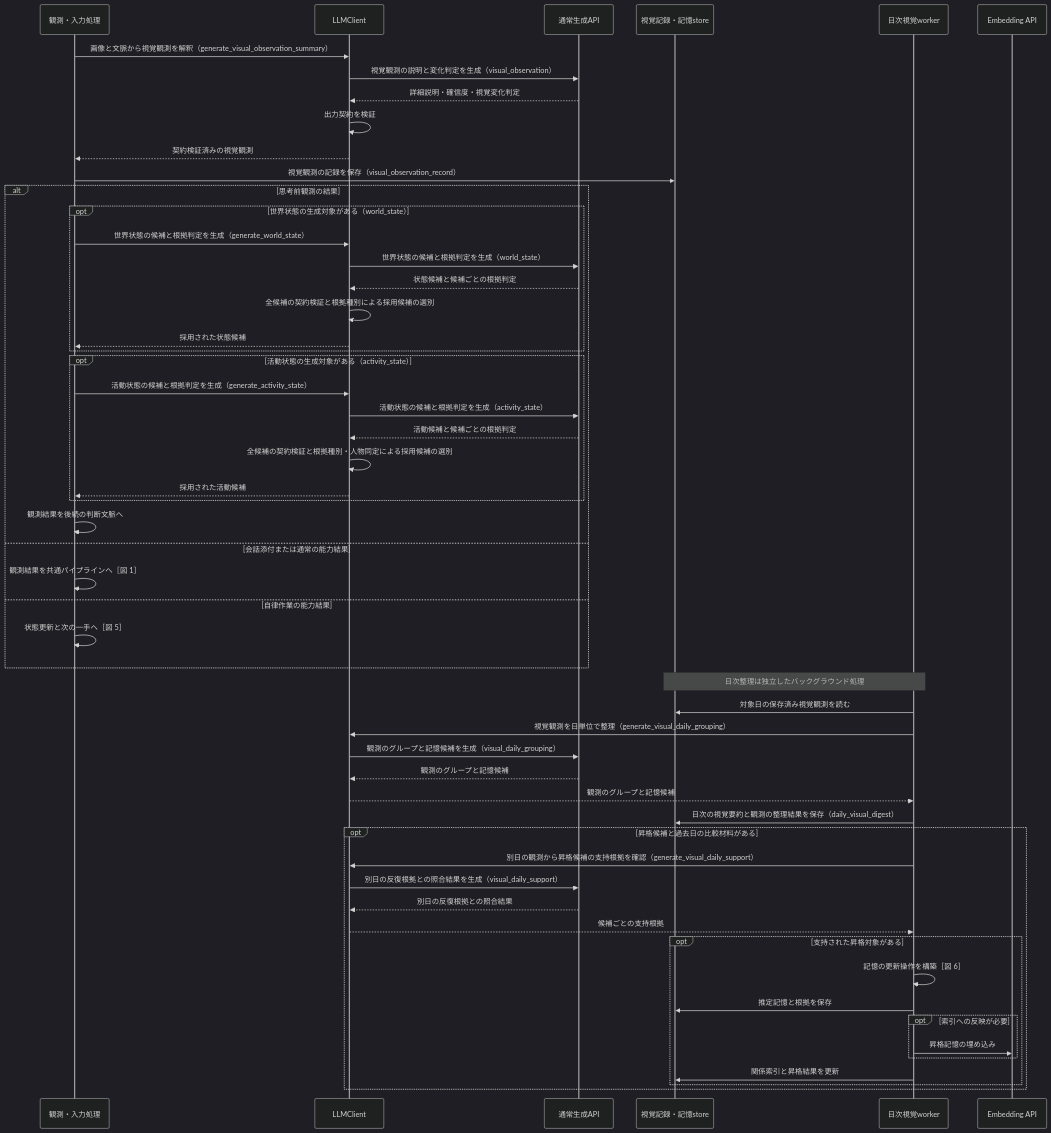
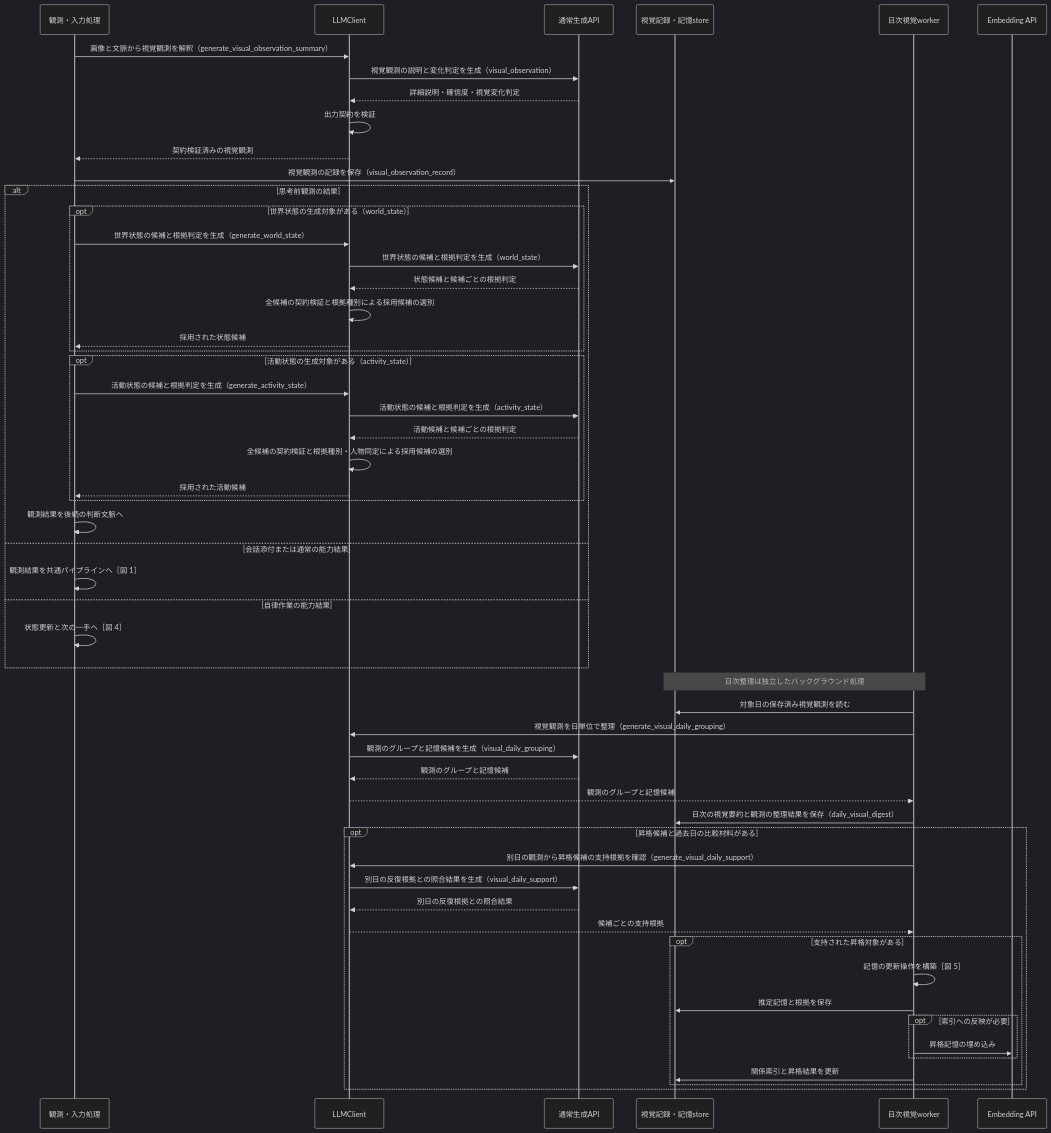
Before and after one commit to hirona98/OtomeKairo: the sixth of 6 diagrams in docs/design/llm/LLM呼び出しシーケンス.md, drawn with Mermaid (dark theme). The commit also changed other lines of this file, not shown here.

Commit message:
判断と発話のシーケンスを通常サイクル図へ統合

````diff
--- a/docs/design/llm/LLM呼び出しシーケンス.md
+++ b/docs/design/llm/LLM呼び出しシーケンス.md
@@ -435,58 +419,58 @@
 ```mermaid
 sequenceDiagram
     participant C as 観測・入力処理
     participant L as LLMClient
     participant G as 通常生成API
     participant S as 視覚記録・記憶store
     participant W as 日次視覚worker
     participant E as Embedding API
 
     C->>L: 画像と文脈から視覚観測を解釈（generate_visual_observation_summary）
     L->>G: 視覚観測の説明と変化判定を生成（visual_observation）
     G-->>L: 詳細説明・確信度・視覚変化判定
     L->>L: 出力契約を検証
     L-->>C: 契約検証済みの視覚観測
     C->>S: 視覚観測の記録を保存（visual_observation_record）
     alt 思考前観測の結果
         opt 世界状態の生成対象がある（world_state）
             C->>L: 世界状態の候補と根拠判定を生成（generate_world_state）
             L->>G: 世界状態の候補と根拠判定を生成（world_state）
             G-->>L: 状態候補と候補ごとの根拠判定
             L->>L: 全候補の契約検証と根拠種別による採用候補の選別
             L-->>C: 採用された状態候補
         end
         opt 活動状態の生成対象がある（activity_state）
             C->>L: 活動状態の候補と根拠判定を生成（generate_activity_state）
             L->>G: 活動状態の候補と根拠判定を生成（activity_state）
             G-->>L: 活動候補と候補ごとの根拠判定
             L->>L: 全候補の契約検証と根拠種別・人物同定による採用候補の選別
             L-->>C: 採用された活動候補
         end
         C->>C: 観測結果を後続の判断文脈へ
     else 会話添付または通常の能力結果
         C->>C: 観測結果を共通パイプラインへ［図 1］
     else 自律作業の能力結果
-        C->>C: 状態更新と次の一手へ［図 5］
+        C->>C: 状態更新と次の一手へ［図 4］
     end
     Note over S,W: 日次整理は独立したバックグラウンド処理
     W->>S: 対象日の保存済み視覚観測を読む
     W->>L: 視覚観測を日単位で整理（generate_visual_daily_grouping）
     L->>G: 観測のグループと記憶候補を生成（visual_daily_grouping）
     G-->>L: 観測のグループと記憶候補
     L-->>W: 観測のグループと記憶候補
     W->>S: 日次の視覚要約と観測の整理結果を保存（daily_visual_digest）
     opt 昇格候補と過去日の比較材料がある
         W->>L: 別日の観測から昇格候補の支持根拠を確認（generate_visual_daily_support）
         L->>G: 別日の反復根拠との照合結果を生成（visual_daily_support）
         G-->>L: 別日の反復根拠との照合結果
         L-->>W: 候補ごとの支持根拠
         opt 支持された昇格対象がある
-            W->>W: 記憶の更新操作を構築［図 6］
+            W->>W: 記憶の更新操作を構築［図 5］
             W->>S: 推定記憶と根拠を保存
             opt 索引への反映が必要
                 W->>E: 昇格記憶の埋め込み
             end
             W->>S: 関係索引と昇格結果を更新
         end
     end
 ```
````
